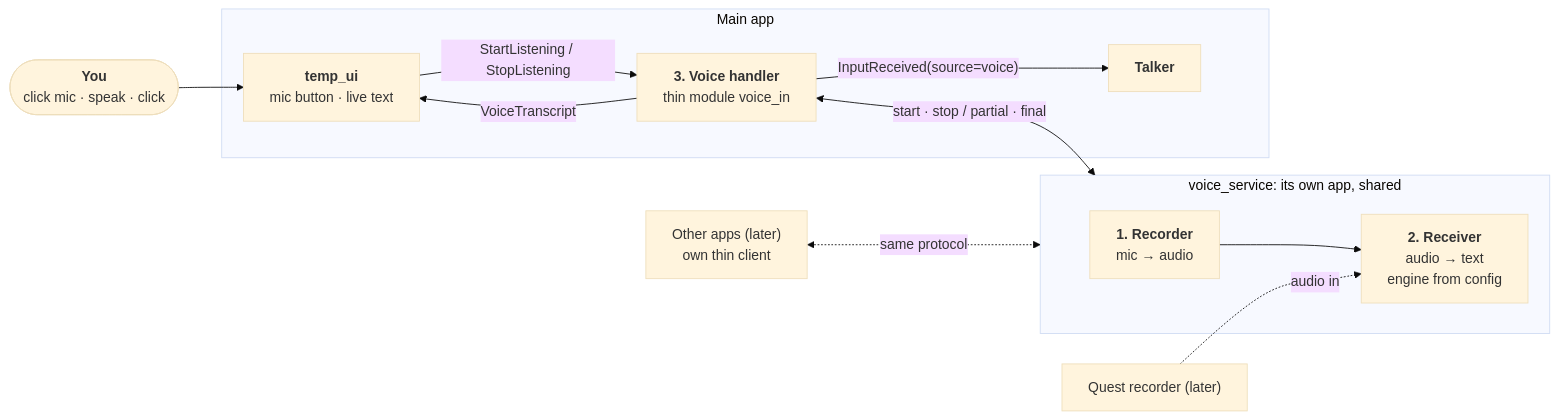
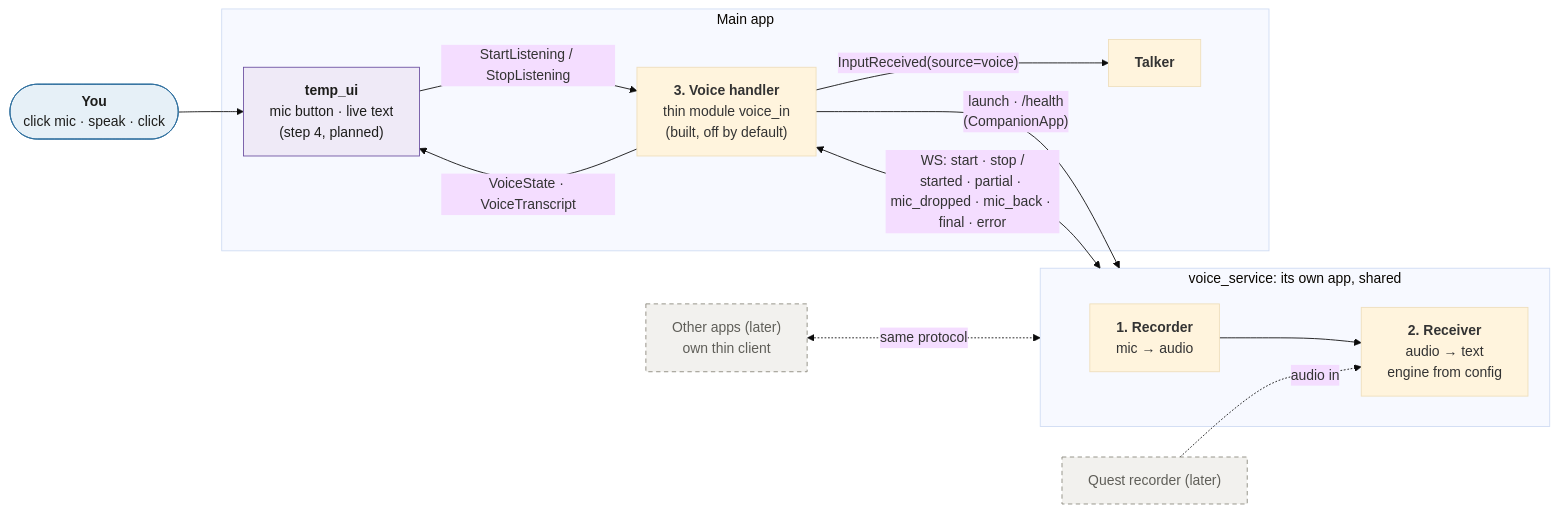
One commit to sharramon/AI_Assistant changed the first of 4 diagrams in docs/architecture/voice.md. Above: the diagram before and after it, drawn with Mermaid (base theme). The commit also changed other lines of this file and 33 other files, not shown here.

Commit message:
Voice in step 3: the voice_in module and mic-drop recovery

````diff
--- a/docs/architecture/voice.md
+++ b/docs/architecture/voice.md
@@ -23,23 +25,31 @@
 ```mermaid
 flowchart LR
     You(["<b>You</b><br/>click mic · speak · click"])
     subgraph Svc["voice_service: its own app, shared"]
         Rec["<b>1. Recorder</b><br/>mic → audio"]
         Eng["<b>2. Receiver</b><br/>audio → text<br/>engine from config"]
         Rec --> Eng
     end
     subgraph Main["Main app"]
-        UI["<b>temp_ui</b><br/>mic button · live text"]
-        Handler["<b>3. Voice handler</b><br/>thin module voice_in"]
+        UI["<b>temp_ui</b><br/>mic button · live text<br/>(step 4, planned)"]
+        Handler["<b>3. Voice handler</b><br/>thin module voice_in<br/>(built, off by default)"]
         Talker["<b>Talker</b>"]
     end
     Other["Other apps (later)<br/>own thin client"]
     Quest["Quest recorder (later)"]
     You --> UI
     UI -- "StartListening / StopListening" --> Handler
-    Handler <-- "start · stop / partial · final" --> Svc
-    Handler -- "VoiceTranscript" --> UI
+    Handler -- "launch · /health<br/>(CompanionApp)" --> Svc
+    Handler <-- "WS: start · stop /<br/>started · partial · mic_dropped · mic_back · final · error" --> Svc
+    Handler -- "VoiceState · VoiceTranscript" --> UI
     Handler -- "InputReceived(source=voice)" --> Talker
     Other <-. "same protocol" .-> Svc
     Quest -. "audio in" .-> Eng
+
+    classDef planned fill:#efeaf7,stroke:#6b4fa0,color:#1d1d1b
+    classDef later fill:#f2f1ee,stroke:#8a877c,stroke-dasharray:5 4,color:#5f5e58
+    classDef person fill:#e6f0f7,stroke:#2f6f9f,color:#1d1d1b
+    class UI planned
+    class Other,Quest later
+    class You person
 ```
````
